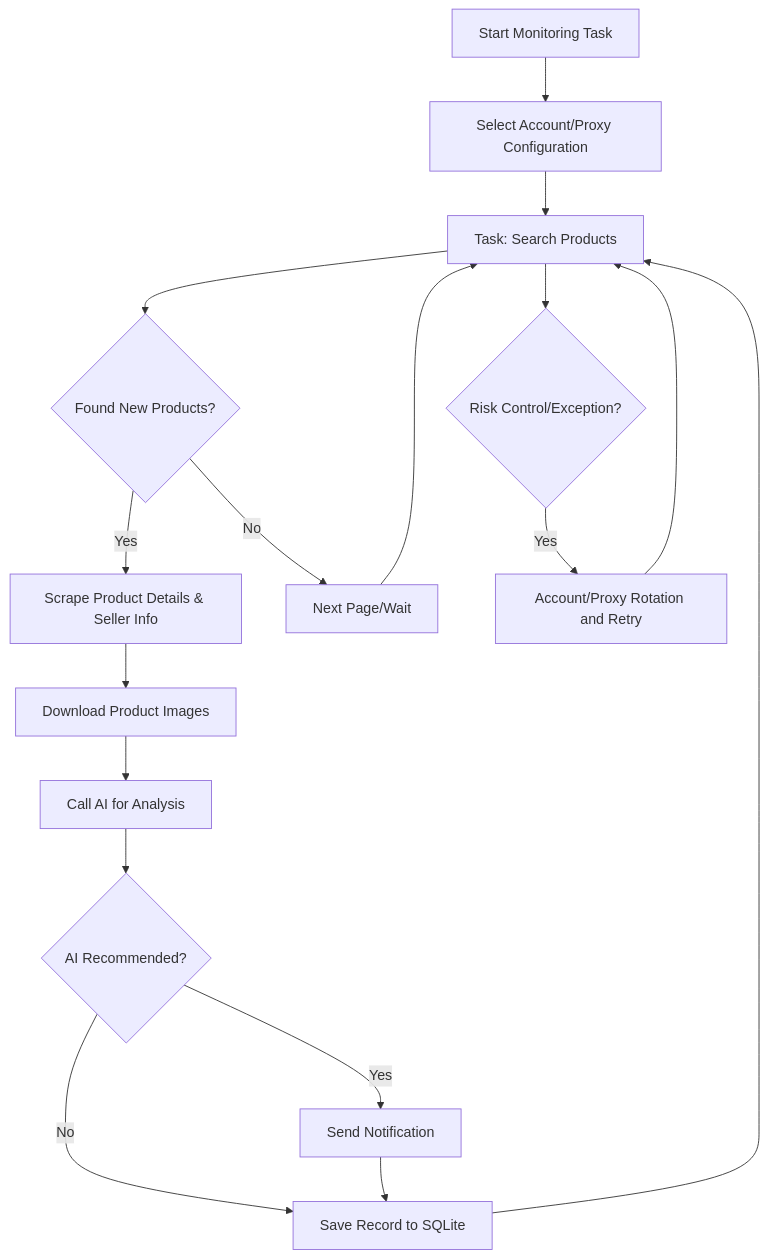
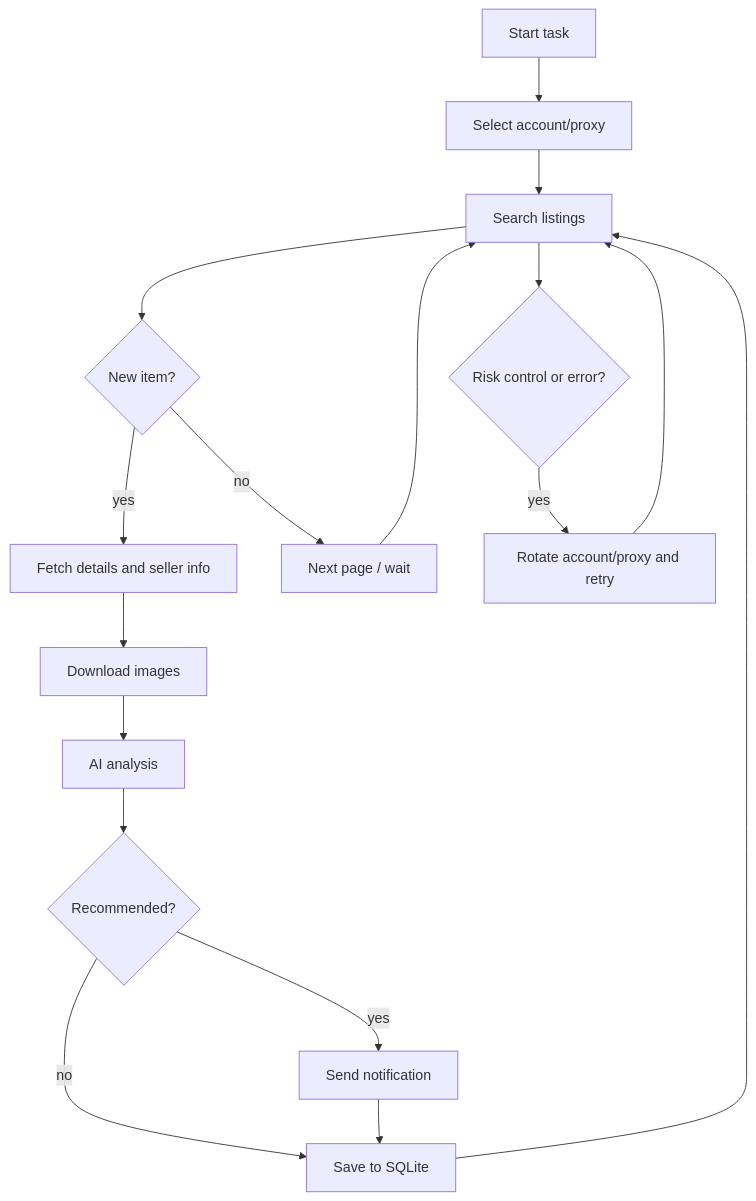
The diagram in README_EN.md (KD-Leon/xianyu_ai), drawn with Mermaid before and after one commit. The commit also changed other lines of this file and 6 other files, not shown here.

First line of the commit message:
docs: 精简 README 并移除截图

````diff
--- a/README_EN.md
+++ b/README_EN.md
@@ -231,19 +92,19 @@
 ```mermaid
 graph TD
-    A[Start Monitoring Task] --> B[Select Account/Proxy Configuration];
-    B --> C[Task: Search Products];
-    C --> D{Found New Products?};
-    D -- Yes --> E[Scrape Product Details & Seller Info];
-    E --> F[Download Product Images];
-    F --> G[Call AI for Analysis];
-    G --> H{AI Recommended?};
-    H -- Yes --> I[Send Notification];
-    H -- No --> J[Save Record to SQLite];
-    I --> J;
-    D -- No --> K[Next Page/Wait];
-    K --> C;
-    J --> C;
-    C --> L{Risk Control/Exception?};
-    L -- Yes --> M[Account/Proxy Rotation and Retry];
-    M --> C;
+    A[Start task] --> B[Select account/proxy]
+    B --> C[Search listings]
+    C --> D{New item?}
+    D -- yes --> E[Fetch details and seller info]
+    E --> F[Download images]
+    F --> G[AI analysis]
+    G --> H{Recommended?}
+    H -- yes --> I[Send notification]
+    H -- no --> J[Save to SQLite]
+    I --> J
+    J --> C
+    D -- no --> K[Next page / wait]
+    K --> C
+    C --> L{Risk control or error?}
+    L -- yes --> M[Rotate account/proxy and retry]
+    M --> C
 ```
````
